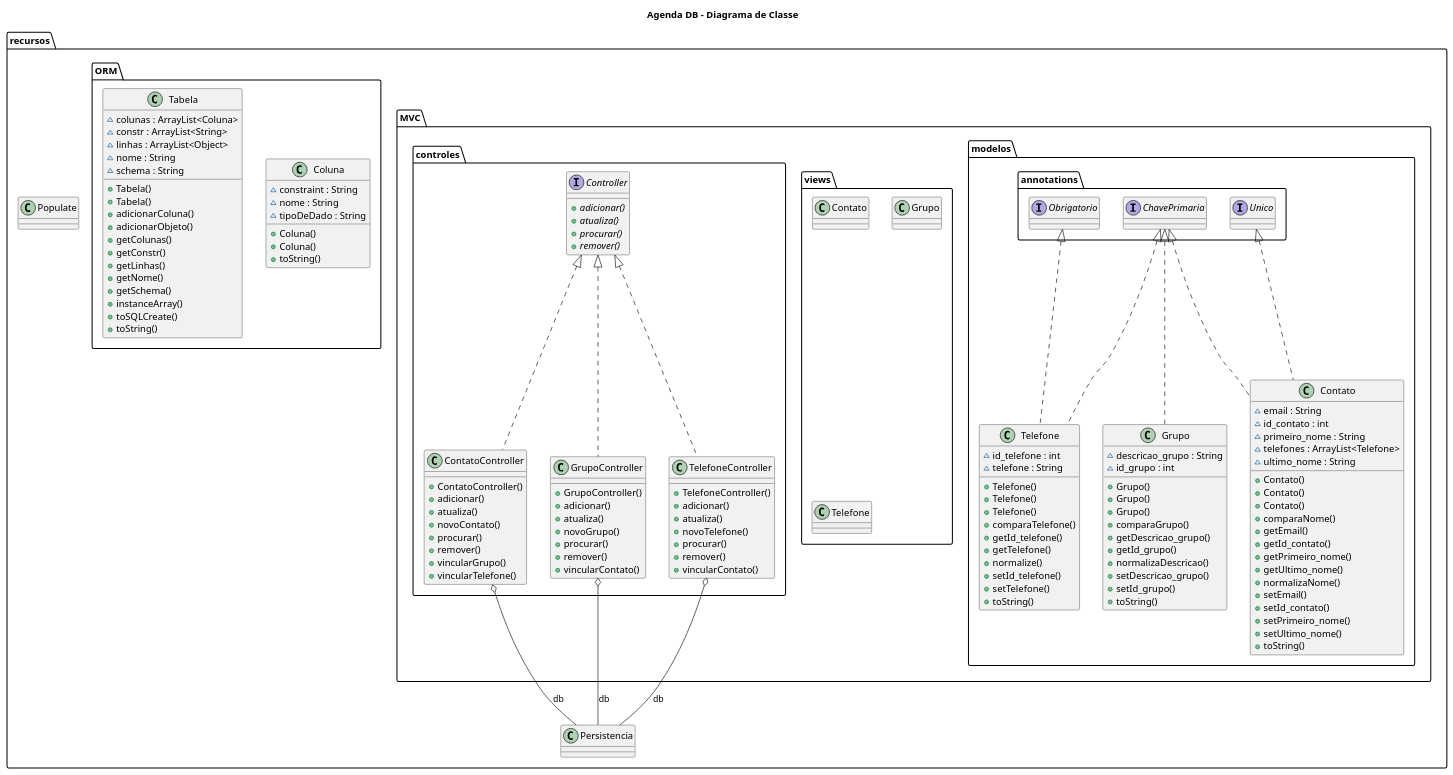
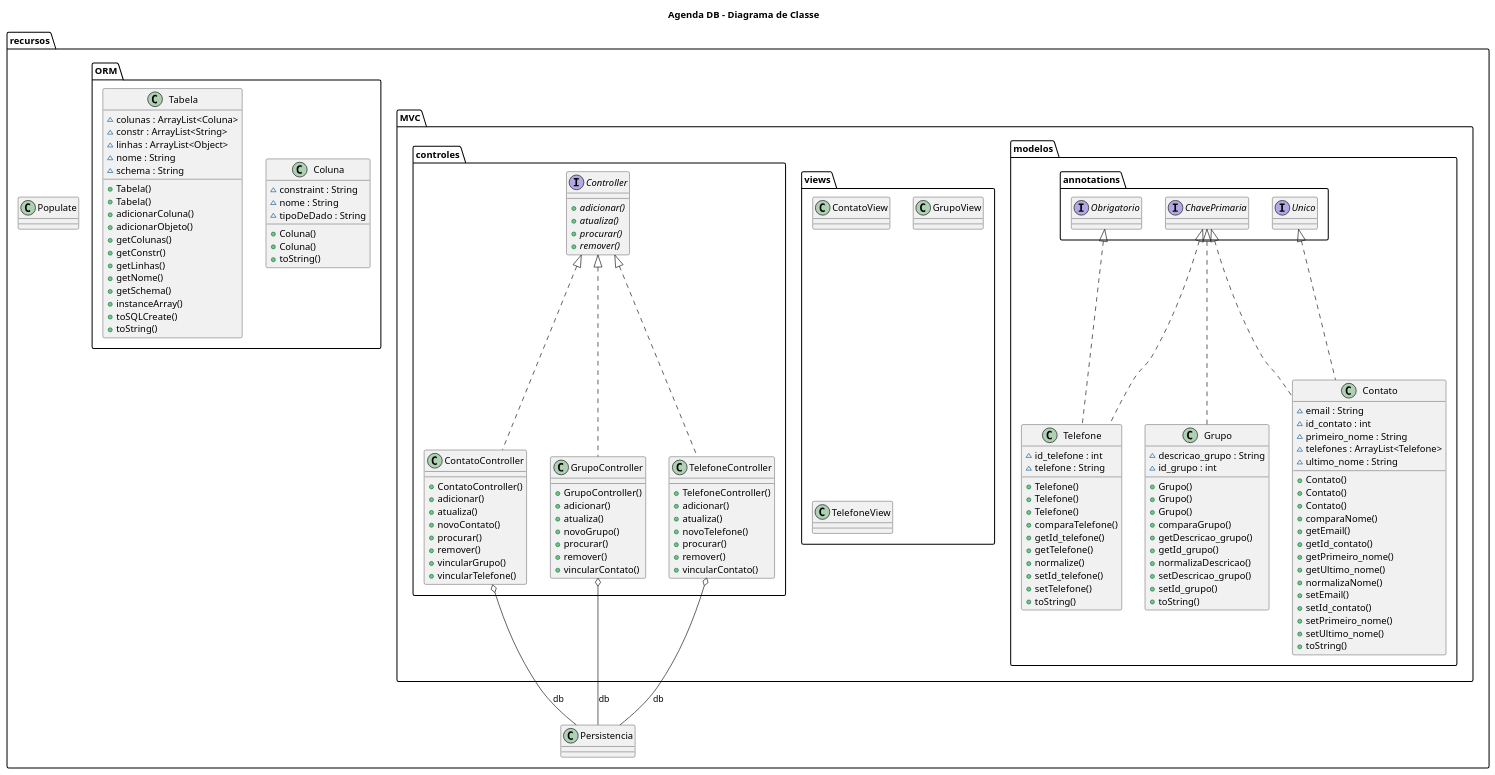
The diagram in src/diagramas/ClassDiagram.puml (MatheusMuriel/nn-ORM), drawn with PlantUML before and after one commit. The commit also changed 14 other files, not shown here.

```diff
--- a/src/diagramas/ClassDiagram.puml
+++ b/src/diagramas/ClassDiagram.puml
@@ -1,166 +1,166 @@
 @startuml
 
 title Agenda DB - Diagrama de Classe
 
 '------------ MVC ------------
 
     '------------ Modelos ------------
         class recursos.MVC.modelos.Contato {
             ~ email : String
             ~ id_contato : int
             ~ primeiro_nome : String
             ~ telefones : ArrayList<Telefone>
             ~ ultimo_nome : String
             + Contato()
             + Contato()
             + Contato()
             + comparaNome()
             + getEmail()
             + getId_contato()
             + getPrimeiro_nome()
             + getUltimo_nome()
             + normalizaNome()
             + setEmail()
             + setId_contato()
             + setPrimeiro_nome()
             + setUltimo_nome()
             + toString()
         }
         class recursos.MVC.modelos.Grupo {
             ~ descricao_grupo : String
             ~ id_grupo : int
             + Grupo()
             + Grupo()
             + Grupo()
             + comparaGrupo()
             + getDescricao_grupo()
             + getId_grupo()
             + normalizaDescricao()
             + setDescricao_grupo()
             + setId_grupo()
             + toString()
         }
         class recursos.MVC.modelos.Telefone {
             ~ id_telefone : int
             ~ telefone : String
             + Telefone()
             + Telefone()
             + Telefone()
             + comparaTelefone()
             + getId_telefone()
             + getTelefone()
             + normalize()
             + setId_telefone()
             + setTelefone()
             + toString()
         }
 
         '------------ Annotations ------------
         interface recursos.MVC.modelos.annotations.ChavePrimaria {
         }
         interface recursos.MVC.modelos.annotations.Obrigatorio {
         }
         interface recursos.MVC.modelos.annotations.Unico {
         }
 
     '------------ Views ------------
 
-        class recursos.MVC.views.Contato {
+        class recursos.MVC.views.ContatoView {
         }
-        class recursos.MVC.views.Grupo {
+        class recursos.MVC.views.GrupoView {
         }
-        class recursos.MVC.views.Telefone {
+        class recursos.MVC.views.TelefoneView {
         }
 
 
     '------------ Controles ------------
         class recursos.MVC.controles.ContatoController {
             + ContatoController()
             + adicionar()
             + atualiza()
             + novoContato()
             + procurar()
             + remover()
             + vincularGrupo()
             + vincularTelefone()
         }
         class recursos.MVC.controles.GrupoController {
             + GrupoController()
             + adicionar()
             + atualiza()
             + novoGrupo()
             + procurar()
             + remover()
             + vincularContato()
         }
         class recursos.MVC.controles.TelefoneController {
             + TelefoneController()
             + adicionar()
             + atualiza()
             + novoTelefone()
             + procurar()
             + remover()
             + vincularContato()
         }
 
         '------------ Interface ------------
         interface recursos.MVC.controles.Controller {
             {abstract} + adicionar()
             {abstract} + atualiza()
             {abstract} + procurar()
             {abstract} + remover()
         }
 
 '------------ ORM ------------
     class recursos.Persistencia {
     }
     class recursos.Populate {
     }
     class recursos.ORM.Coluna {
         ~ constraint : String
         ~ nome : String
         ~ tipoDeDado : String
         + Coluna()
         + Coluna()
         + toString()
     }
     class recursos.ORM.Tabela {
         ~ colunas : ArrayList<Coluna>
         ~ constr : ArrayList<String>
         ~ linhas : ArrayList<Object>
         ~ nome : String
         ~ schema : String
         + Tabela()
         + Tabela()
         + adicionarColuna()
         + adicionarObjeto()
         + getColunas()
         + getConstr()
         + getLinhas()
         + getNome()
         + getSchema()
         + instanceArray()
         + toSQLCreate()
         + toString()
     }
 
 
 
 recursos.MVC.controles.ContatoController .up.|> recursos.MVC.controles.Controller
 recursos.MVC.controles.ContatoController o-- recursos.Persistencia : db
 recursos.MVC.controles.GrupoController .up.|> recursos.MVC.controles.Controller
 recursos.MVC.controles.GrupoController o-- recursos.Persistencia : db
 recursos.MVC.controles.TelefoneController .up.|> recursos.MVC.controles.Controller
 recursos.MVC.controles.TelefoneController o-- recursos.Persistencia : db
 
 recursos.MVC.modelos.Contato .up.|> recursos.MVC.modelos.annotations.ChavePrimaria
 recursos.MVC.modelos.Contato .up.|> recursos.MVC.modelos.annotations.Unico
 
 recursos.MVC.modelos.Grupo .up.|> recursos.MVC.modelos.annotations.ChavePrimaria
 
 recursos.MVC.modelos.Telefone .up.|> recursos.MVC.modelos.annotations.ChavePrimaria
 recursos.MVC.modelos.Telefone .up.|> recursos.MVC.modelos.annotations.Obrigatorio
 
 recursos.Persistencia +-down- recursos.Persistencia.Utils
 
 @enduml
```
